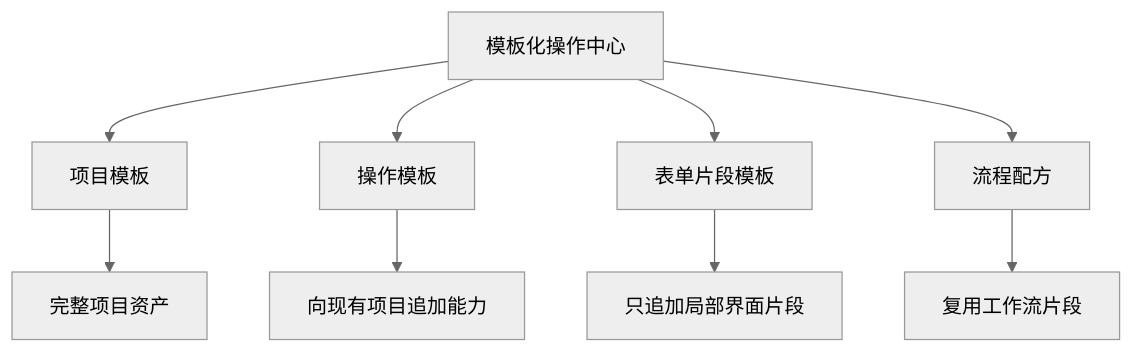
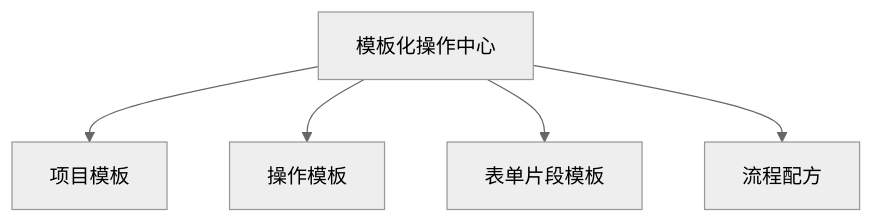
The third of 5 diagrams in docs/template-operation-center-plan.md (xns1997/FormFlow-Studio), drawn with Mermaid (neutral theme) before and after one commit. The commit also changed other lines of this file and 36 other files, not shown here.

First line of the commit message:
docs: 补齐文档平台流程图并修正内容

````diff
--- a/docs/template-operation-center-plan.md
+++ b/docs/template-operation-center-plan.md
@@ -114,11 +119,7 @@
 ```mermaid
 flowchart TD
   A["模板化操作中心"] --> B["项目模板"]
   A --> C["操作模板"]
   A --> D["表单片段模板"]
   A --> E["流程配方"]
-  B --> F["完整项目资产"]
-  C --> G["向现有项目追加能力"]
-  D --> H["只追加局部界面片段"]
-  E --> I["复用工作流片段"]
 ```
````
